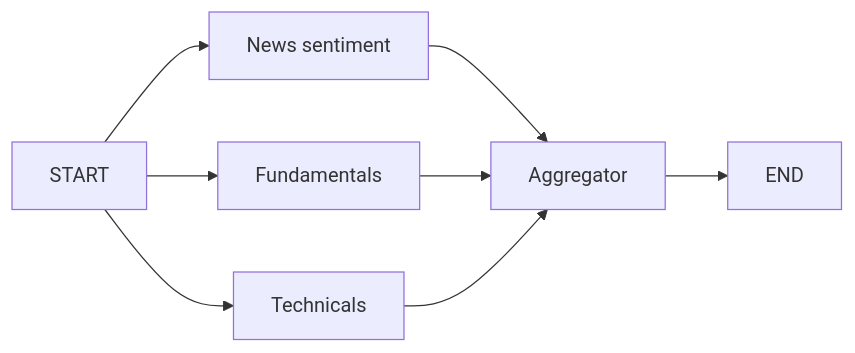
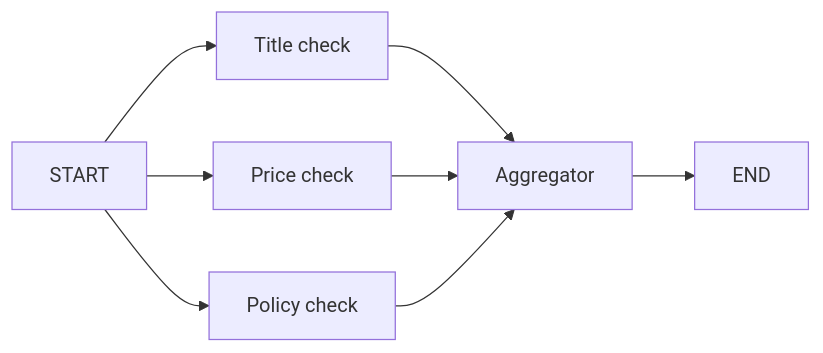
One commit to flow6979/viewinter changed the fourth of 8 diagrams in content/11-agentic/03-workflow-patterns.md. Above: the diagram before and after it, drawn with Mermaid. The commit also changed other lines of this file and 26 other files, not shown here.

First line of the commit message:
Agentic AI: rewrite all 13 pages to explain from scratch; animate diagrams on every article

````diff
--- a/content/11-agentic/03-workflow-patterns.md
+++ b/content/11-agentic/03-workflow-patterns.md
@@ -172,10 +278,10 @@
 ```mermaid
 flowchart LR
-    S["START"] --> N["News sentiment"]
-    S --> F["Fundamentals"]
-    S --> T["Technicals"]
+    S["START"] --> N["Title check"]
+    S --> F["Price check"]
+    S --> T["Policy check"]
     N --> J["Aggregator"]
     F --> J
     T --> J
     J --> E["END"]
 ```
````
